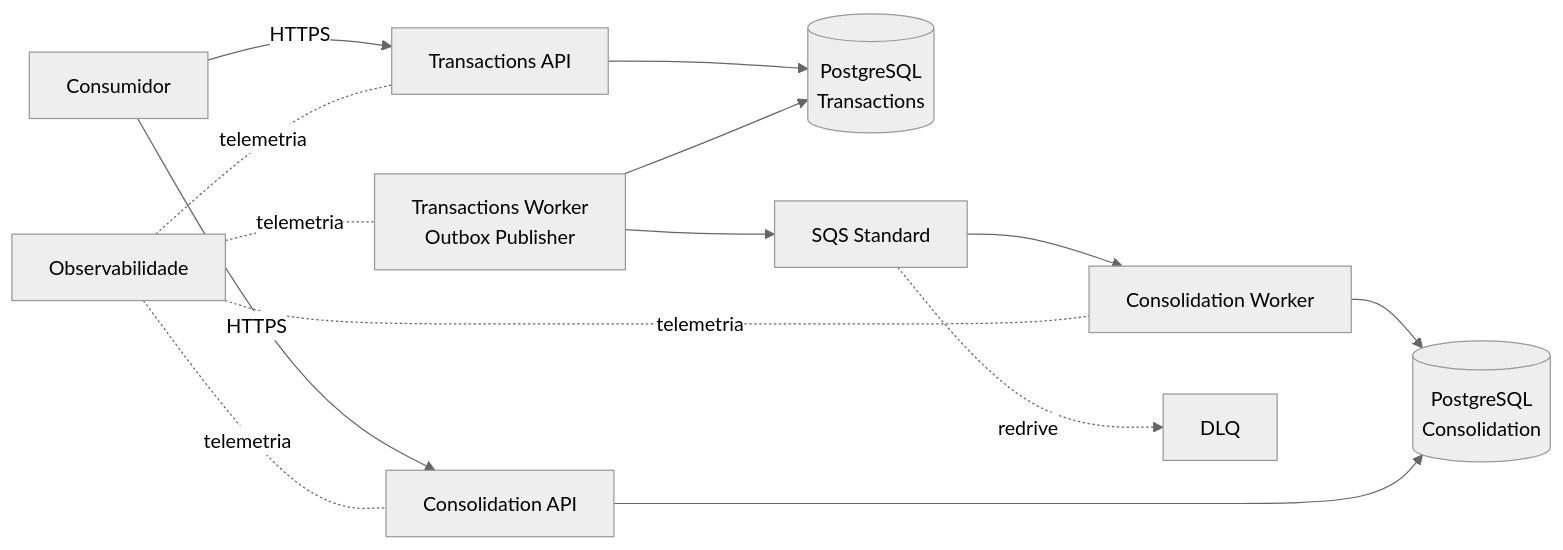
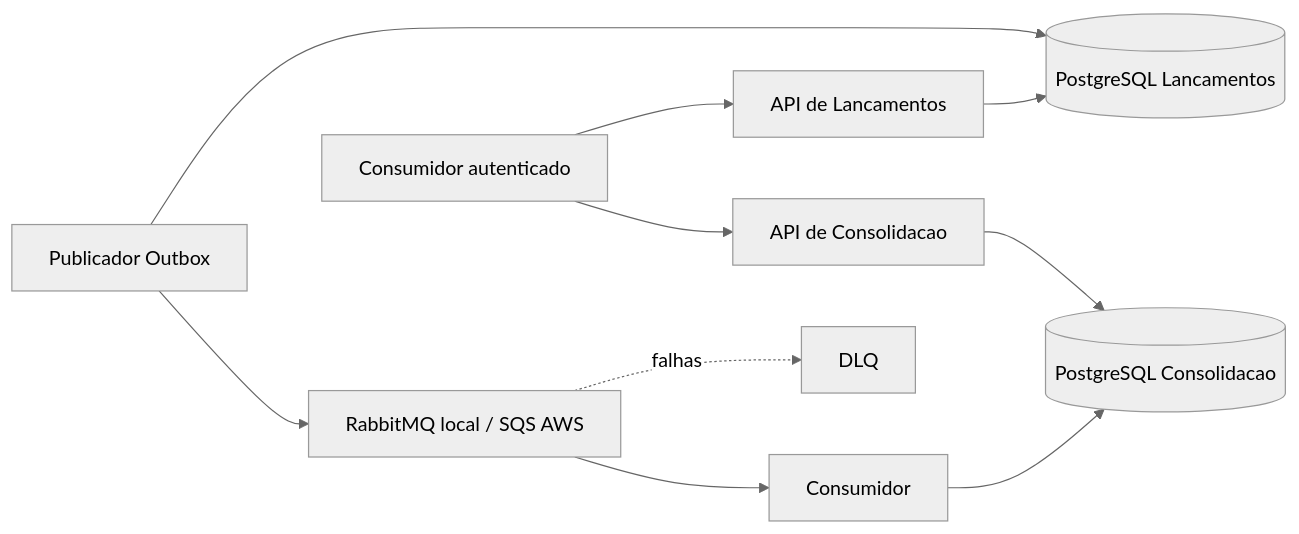
The diagram in docs/03-arquitetura-solucao/das.md (ThiagoFerraciolli/cash-flow-architecture), drawn with Mermaid (neutral theme) before and after one commit. The commit also changed other lines of this file and 37 other files, not shown here.

````diff
--- a/docs/03-arquitetura-solucao/das.md
+++ b/docs/03-arquitetura-solucao/das.md
@@ -27,16 +13,12 @@
 ```mermaid
 flowchart LR
-    U[Consumidor] -->|HTTPS| TA[Transactions API]
-    U -->|HTTPS| CA[Consolidation API]
-    TA --> TDB[(PostgreSQL\nTransactions)]
-    TW[Transactions Worker\nOutbox Publisher] --> TDB
-    TW --> Q[SQS Standard]
-    Q --> CW[Consolidation Worker]
-    CW --> CDB[(PostgreSQL\nConsolidation)]
+    U[Consumidor autenticado] --> TA[API de Lancamentos]
+    TA --> TDB[(PostgreSQL Lancamentos)]
+    TW[Publicador Outbox] --> TDB
+    TW --> Q[RabbitMQ local / SQS AWS]
+    Q --> CW[Consumidor]
+    CW --> CDB[(PostgreSQL Consolidacao)]
+    U --> CA[API de Consolidacao]
     CA --> CDB
-    Q -. redrive .-> D[DLQ]
-    OBS[Observabilidade] -. telemetria .- TA
-    OBS -. telemetria .- TW
-    OBS -. telemetria .- CA
-    OBS -. telemetria .- CW
+    Q -. falhas .-> D[DLQ]
 ```
````
